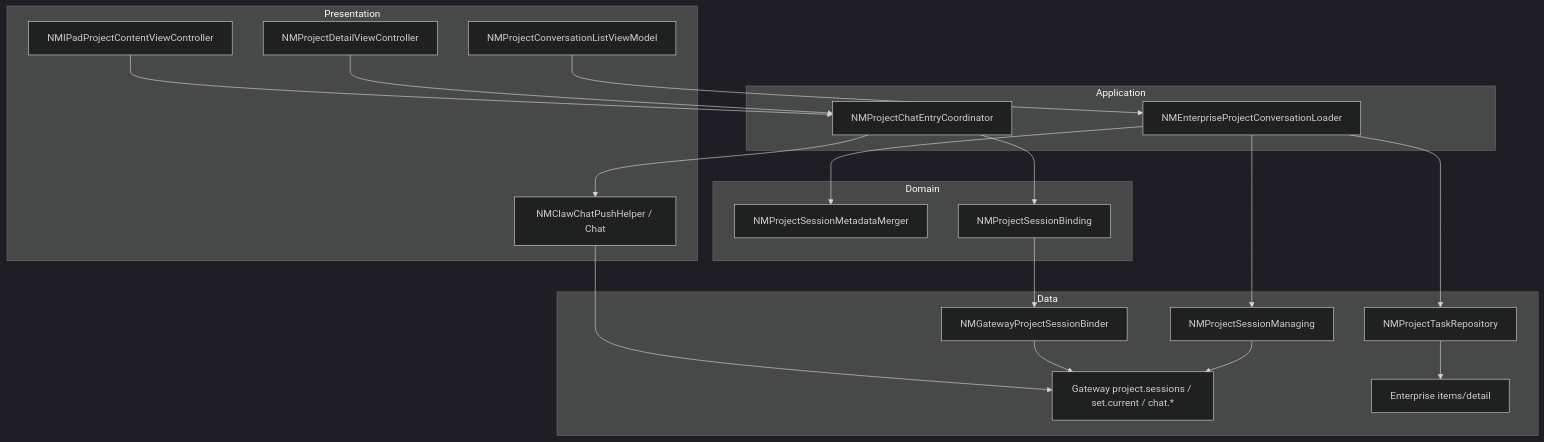
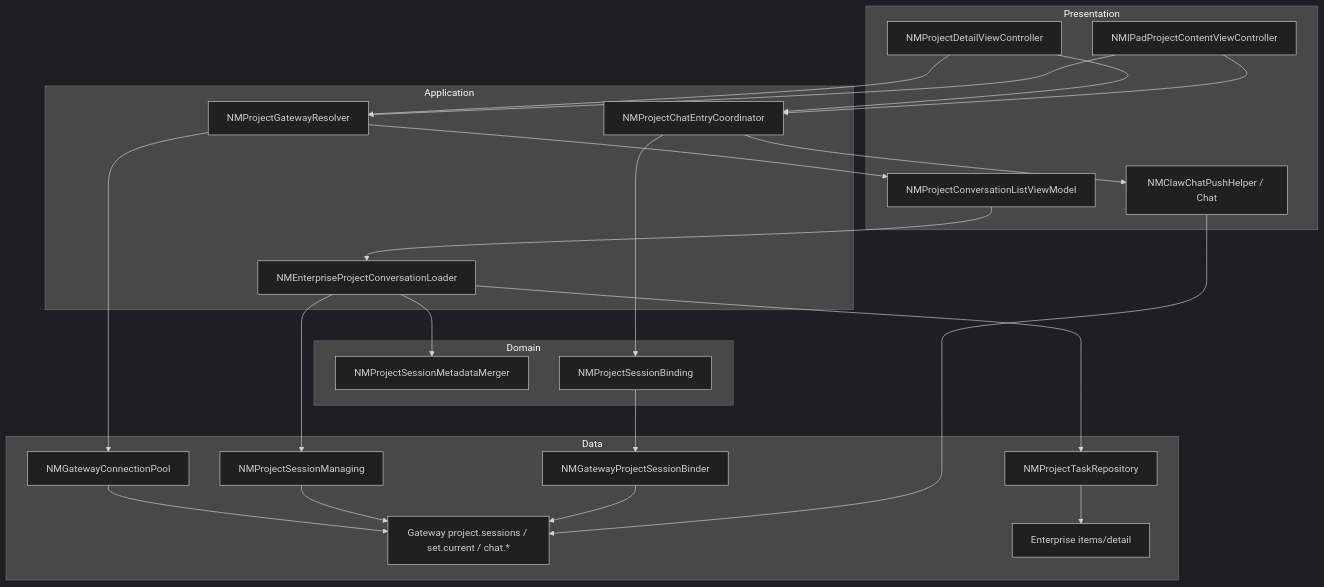
One commit to Wlx682/AI-Work-Kit changed the first of 5 diagrams in Plans/技术方案/2026-07-28-企业项目对话与任务入口Web对齐.md. Above: the diagram before and after it, drawn with Mermaid (dark theme). The commit also changed other lines of this file and 14 other files, not shown here.

````diff
--- a/Plans/技术方案/2026-07-28-企业项目对话与任务入口Web对齐.md
+++ b/Plans/技术方案/2026-07-28-企业项目对话与任务入口Web对齐.md
@@ -95,37 +100,43 @@
 ```mermaid
 flowchart TB
   subgraph Presentation
     Phone["NMProjectDetailViewController"]
     Pad["NMIPadProjectContentViewController"]
     ListVM["NMProjectConversationListViewModel"]
     Chat["NMClawChatPushHelper / Chat"]
   end
 
   subgraph Application
+    Resolver["NMProjectGatewayResolver"]
     Loader["NMEnterpriseProjectConversationLoader"]
     Entry["NMProjectChatEntryCoordinator"]
   end
 
   subgraph Domain
     Merger["NMProjectSessionMetadataMerger"]
     BindPort["NMProjectSessionBinding"]
   end
 
   subgraph Data
+    Pool["NMGatewayConnectionPool"]
     SessionPort["NMProjectSessionManaging"]
     TaskPort["NMProjectTaskRepository"]
     Binder["NMGatewayProjectSessionBinder"]
     Gateway["Gateway project.sessions / set.current / chat.*"]
     HTTP["Enterprise items/detail"]
   end
 
+  Phone --> Resolver
+  Pad --> Resolver
+  Resolver --> Pool --> Gateway
+  Resolver --> ListVM
   ListVM --> Loader
   Loader --> SessionPort --> Gateway
   Loader --> TaskPort --> HTTP
   Loader --> Merger
   Phone --> Entry
   Pad --> Entry
   Entry --> BindPort
   BindPort --> Binder --> Gateway
   Entry --> Chat --> Gateway
 ```
````
